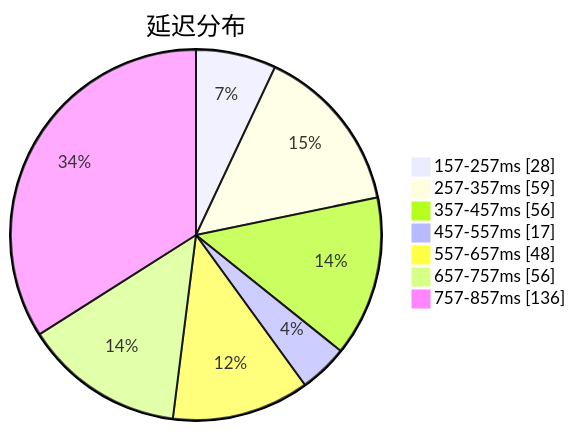
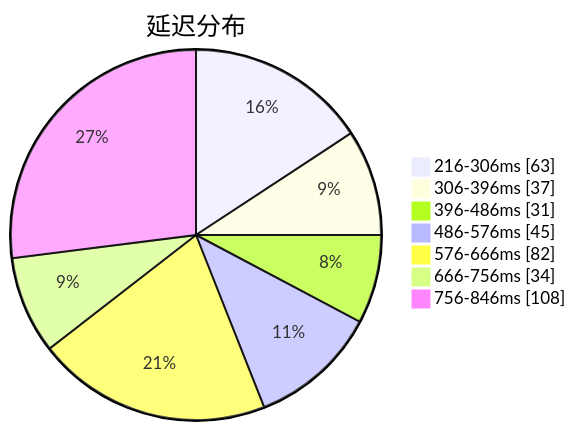
Before and after one commit to qjlxg/airport: the first of 3 diagrams in subs/statistics/tested_within.md, drawn with Mermaid. The commit also changed other lines of this file and 2 other files, not shown here.

````diff
--- a/subs/statistics/tested_within.md
+++ b/subs/statistics/tested_within.md
@@ -2,11 +2,11 @@
 ```mermaid
 pie showData
 title 延迟分布
-"157-257ms" : 28
-"257-357ms" : 59
-"357-457ms" : 56
-"457-557ms" : 17
-"557-657ms" : 48
-"657-757ms" : 56
-"757-857ms" : 136
+"216-306ms" : 63
+"306-396ms" : 37
+"396-486ms" : 31
+"486-576ms" : 45
+"576-666ms" : 82
+"666-756ms" : 34
+"756-846ms" : 108
 ```
````
